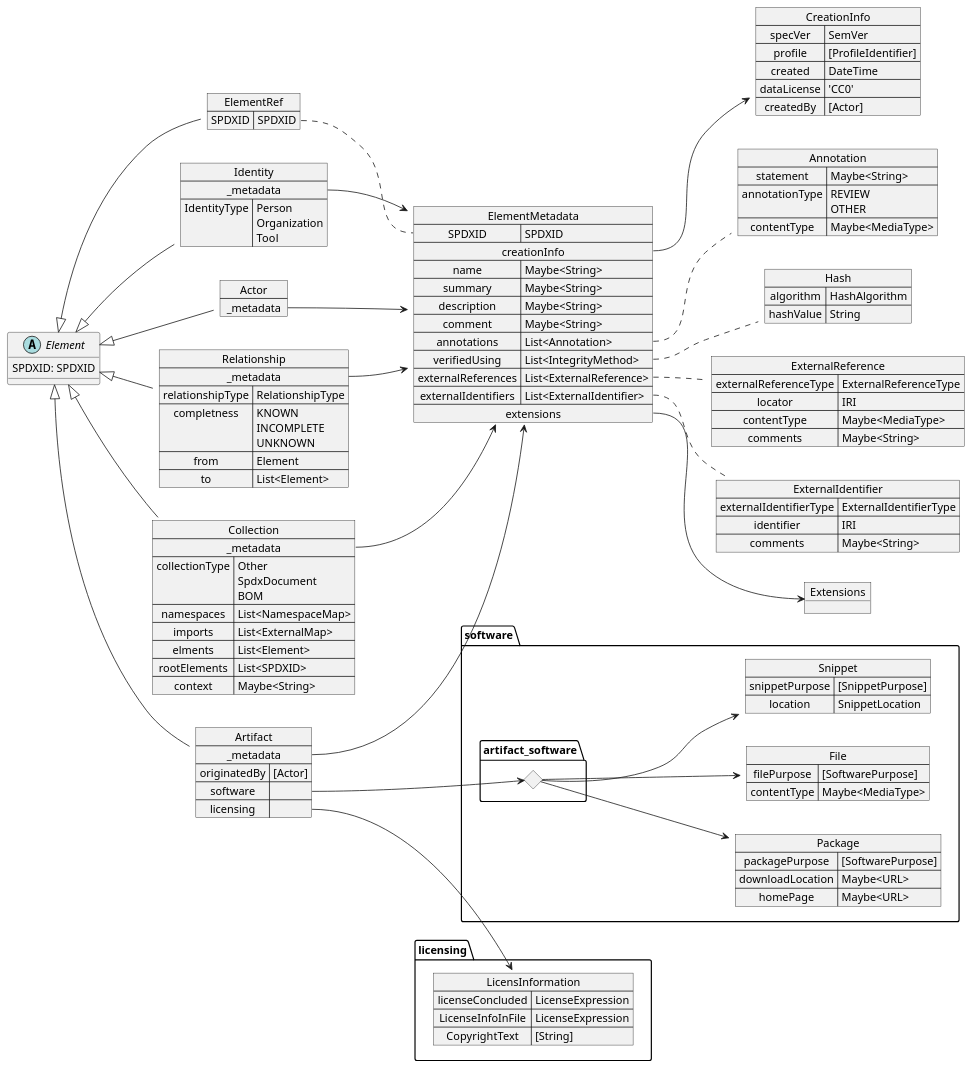
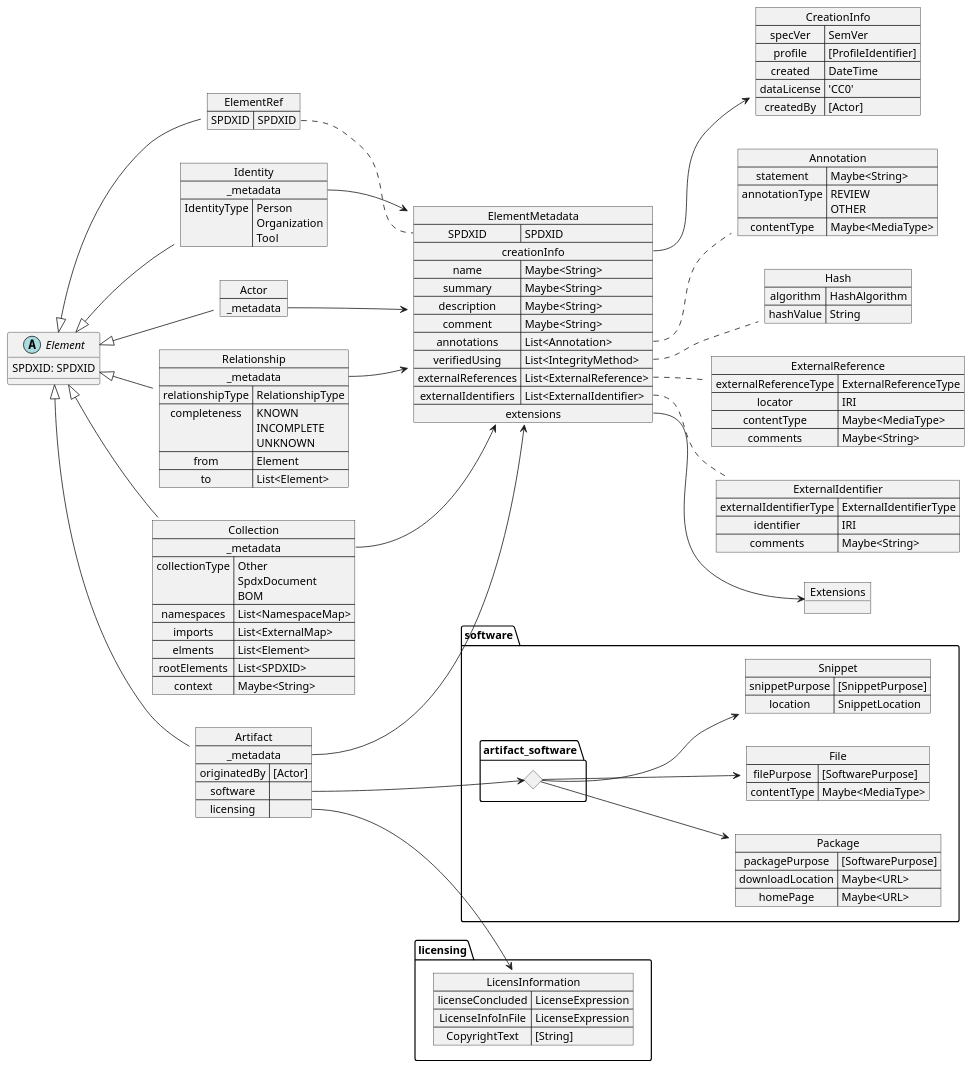
The diagram in model.puml (maxhbr/spdx-3-model.compositional), drawn with PlantUML before and after one commit. The commit also changed 1 other file, not shown here.

```diff
--- a/model.puml
+++ b/model.puml
@@ -70,7 +70,7 @@
 map Relationship {
     _metadata *--> ElementMetadata
     relationshipType => RelationshipType
-    completness => KNOWN\nINCOMPLETE\nUNKNOWN
+    completeness => KNOWN\nINCOMPLETE\nUNKNOWN
     from => Element
     to => List<Element>
 }
```
